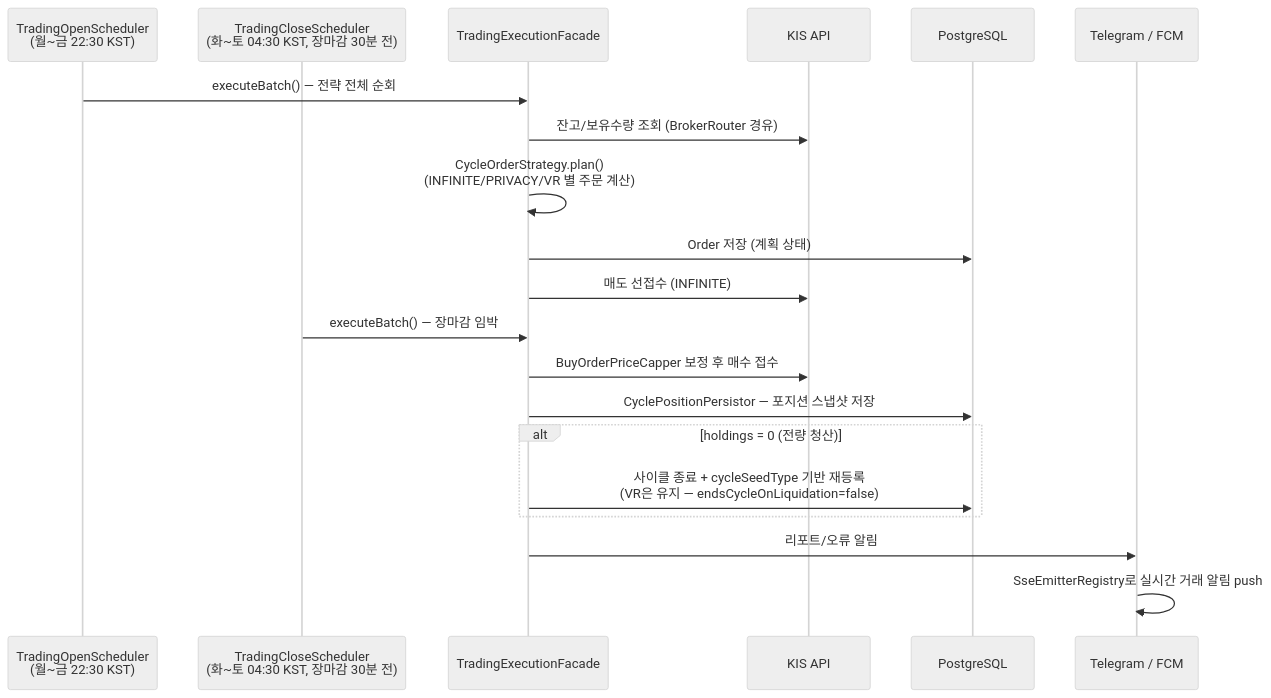
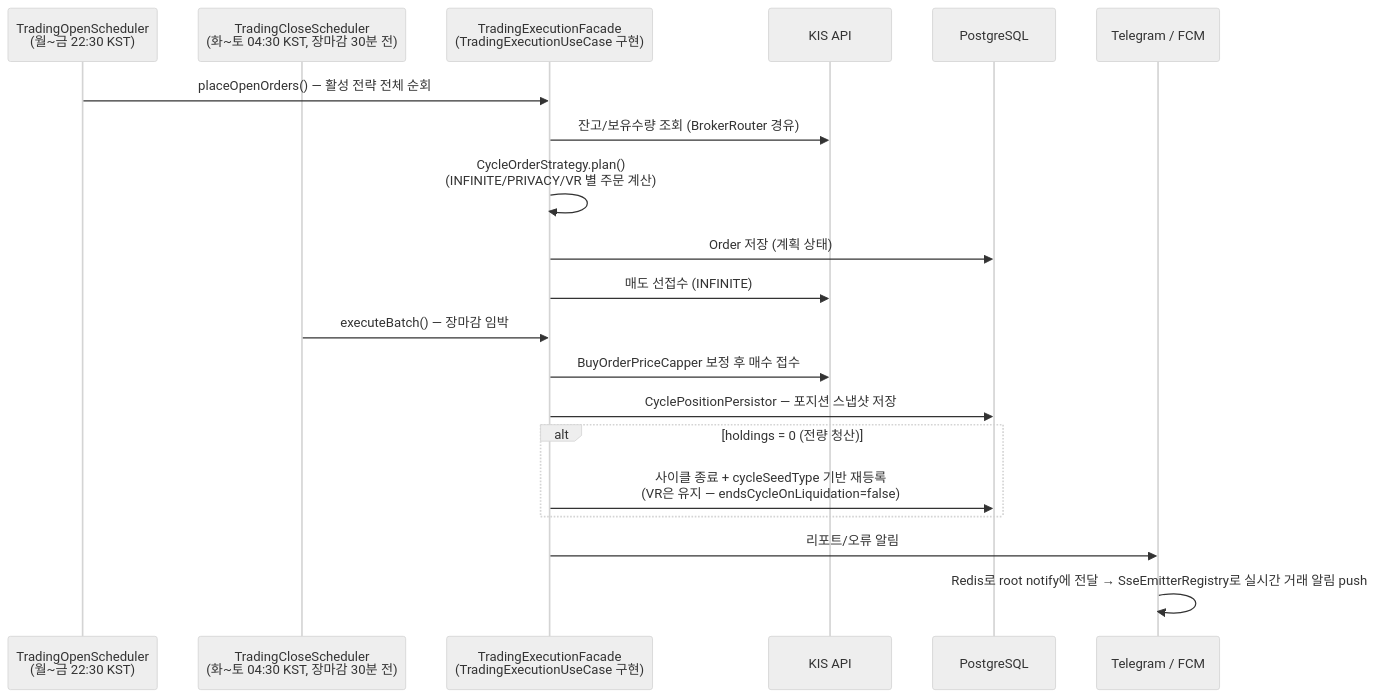
One commit to narafu/kista-api changed the second of 3 diagrams in README.md. Above: the diagram before and after it, drawn with Mermaid (neutral theme). The commit also changed other lines of this file and 53 other files, not shown here.

````diff
--- a/README.md
+++ b/README.md
@@ -63,24 +63,24 @@
 ```mermaid
 sequenceDiagram
     participant S1 as TradingOpenScheduler<br/>(월~금 22:30 KST)
     participant S2 as TradingCloseScheduler<br/>(화~토 04:30 KST, 장마감 30분 전)
-    participant TF as TradingExecutionFacade
+    participant TF as TradingExecutionFacade<br/>(TradingExecutionUseCase 구현)
     participant KIS as KIS API
     participant DB as PostgreSQL
     participant Noti as Telegram / FCM
 
-    S1->>TF: executeBatch() — 전략 전체 순회
+    S1->>TF: placeOpenOrders() — 활성 전략 전체 순회
     TF->>KIS: 잔고/보유수량 조회 (BrokerRouter 경유)
     TF->>TF: CycleOrderStrategy.plan()<br/>(INFINITE/PRIVACY/VR 별 주문 계산)
     TF->>DB: Order 저장 (계획 상태)
     TF->>KIS: 매도 선접수 (INFINITE)
 
     S2->>TF: executeBatch() — 장마감 임박
     TF->>KIS: BuyOrderPriceCapper 보정 후 매수 접수
     TF->>DB: CyclePositionPersistor — 포지션 스냅샷 저장
     alt holdings = 0 (전량 청산)
         TF->>DB: 사이클 종료 + cycleSeedType 기반 재등록<br/>(VR은 유지 — endsCycleOnLiquidation=false)
     end
     TF->>Noti: 리포트/오류 알림
-    Noti->>Noti: SseEmitterRegistry로 실시간 거래 알림 push
+    Noti->>Noti: Redis로 root notify에 전달 → SseEmitterRegistry로 실시간 거래 알림 push
 ```
````
